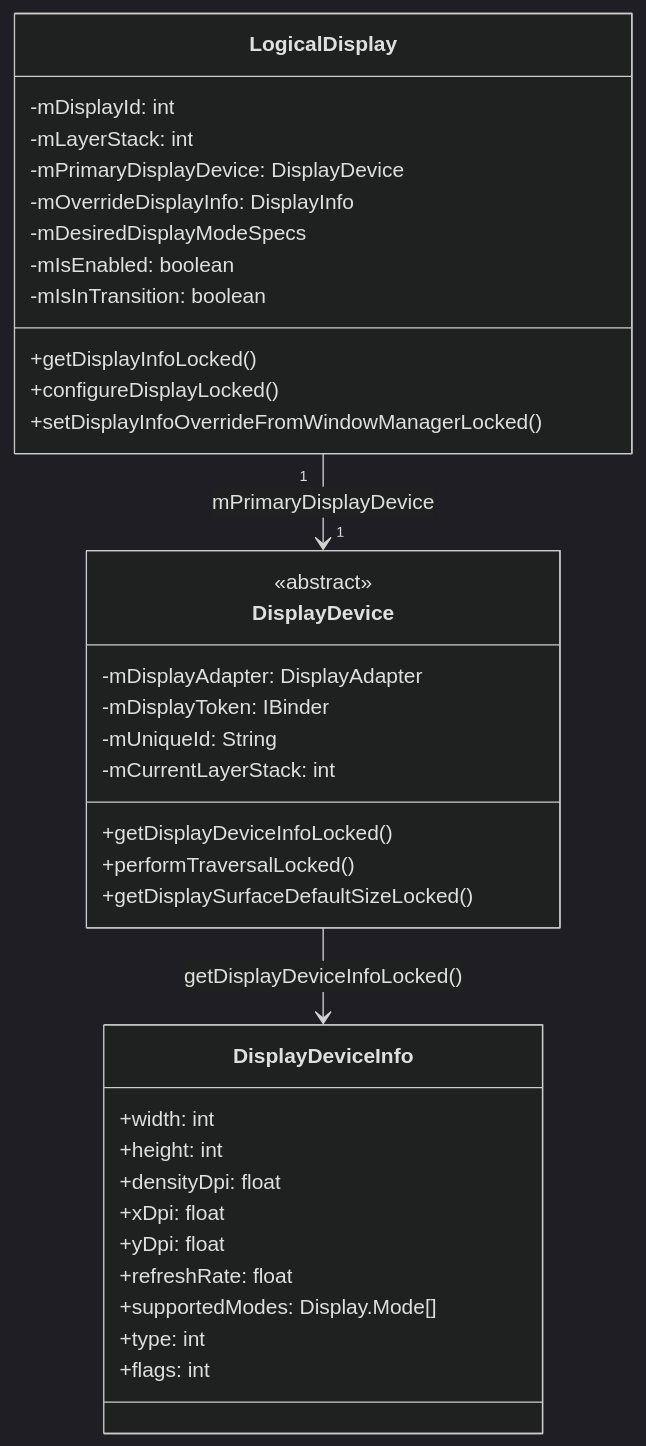
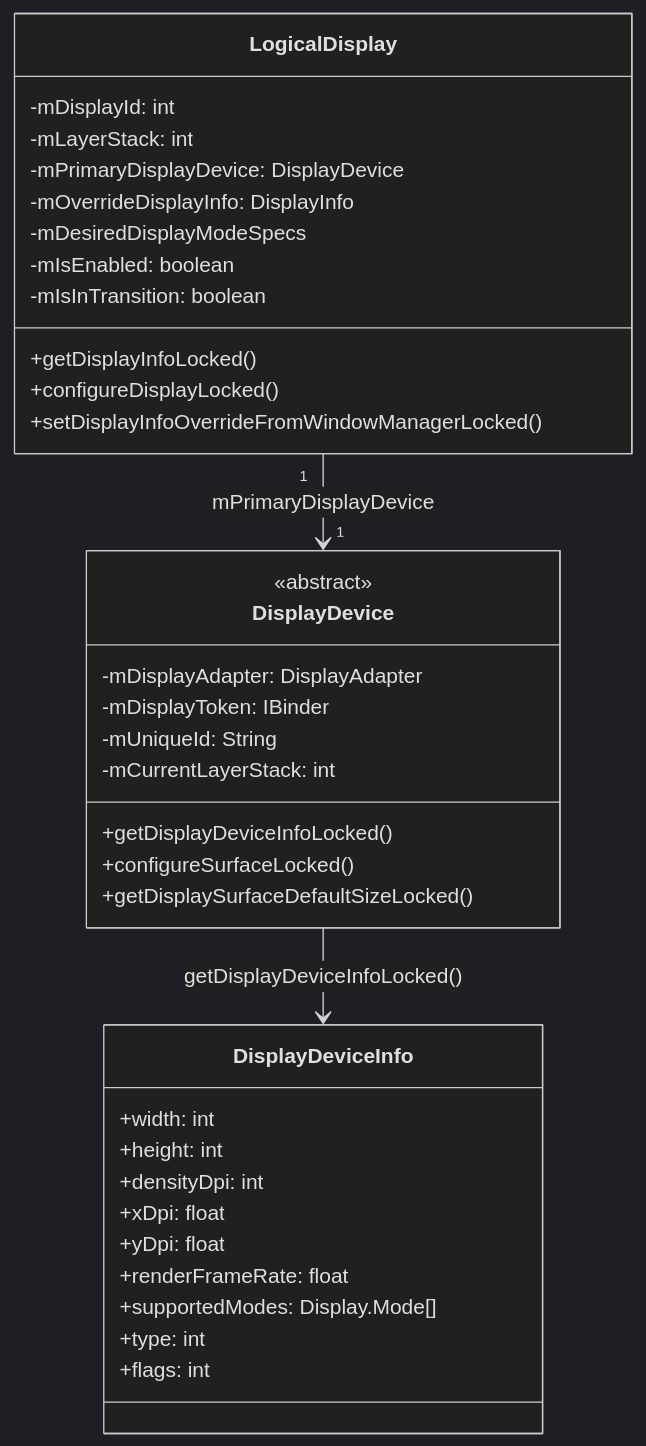
One commit to aospbooks/aosp-internal-book changed the third of 43 diagrams in agents/claude/skills/aosp-framework-core/24-display-system.md. Above: the diagram before and after it, drawn with Mermaid (dark theme). The commit also changed other lines of this file and 218 other files, not shown here.

````diff
--- a/agents/claude/skills/aosp-framework-core/24-display-system.md
+++ b/agents/claude/skills/aosp-framework-core/24-display-system.md
@@ -186,41 +189,41 @@
 ```mermaid
 classDiagram
     class LogicalDisplay {
         -mDisplayId: int
         -mLayerStack: int
         -mPrimaryDisplayDevice: DisplayDevice
         -mOverrideDisplayInfo: DisplayInfo
         -mDesiredDisplayModeSpecs
         -mIsEnabled: boolean
         -mIsInTransition: boolean
         +getDisplayInfoLocked()
         +configureDisplayLocked()
         +setDisplayInfoOverrideFromWindowManagerLocked()
     }
 
     class DisplayDevice {
         <<abstract>>
         -mDisplayAdapter: DisplayAdapter
         -mDisplayToken: IBinder
         -mUniqueId: String
         -mCurrentLayerStack: int
         +getDisplayDeviceInfoLocked()
-        +performTraversalLocked()
+        +configureSurfaceLocked()
         +getDisplaySurfaceDefaultSizeLocked()
     }
 
     class DisplayDeviceInfo {
         +width: int
         +height: int
-        +densityDpi: float
+        +densityDpi: int
         +xDpi: float
         +yDpi: float
-        +refreshRate: float
+        +renderFrameRate: float
         +supportedModes: Display.Mode[]
         +type: int
         +flags: int
     }
 
     LogicalDisplay "1" --> "1" DisplayDevice : mPrimaryDisplayDevice
     DisplayDevice --> DisplayDeviceInfo : getDisplayDeviceInfoLocked()
 ```
````
